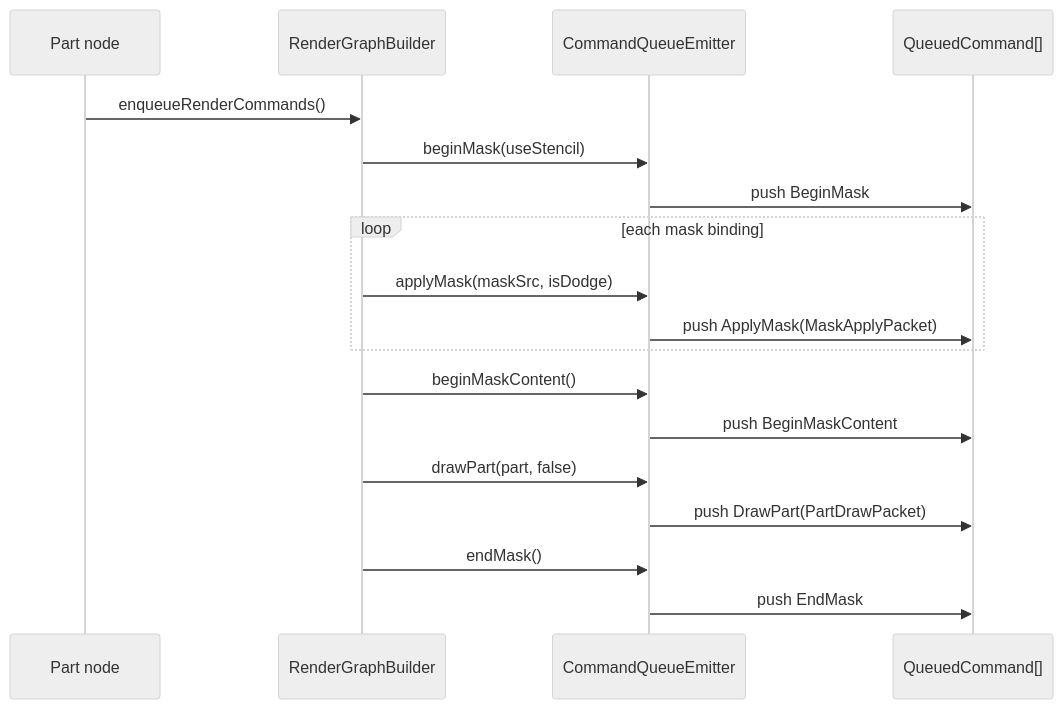
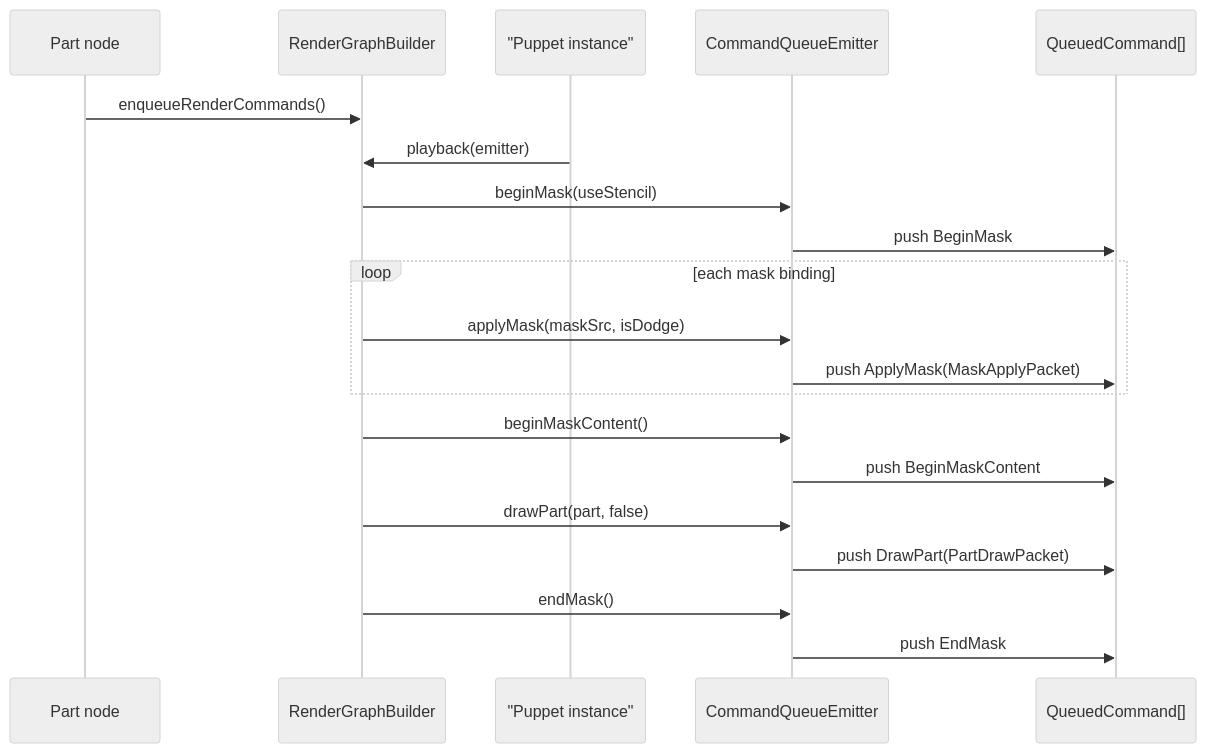
One commit to nijigenerate/nijilive changed the sixth of 20 diagrams in doc/rendering.md. Above: the diagram before and after it, drawn with Mermaid (neutral theme). The commit also changed other lines of this file, not shown here.

````diff
--- a/doc/rendering.md
+++ b/doc/rendering.md
@@ -336,20 +361,22 @@
 ```mermaid
 sequenceDiagram
     participant Node as Part node
     participant Graph as RenderGraphBuilder
+    participant Puppet as "Puppet instance"
     participant Emitter as CommandQueueEmitter
     participant Queue as QueuedCommand[]
     Node->>Graph: enqueueRenderCommands()
+    Puppet->>Graph: playback(emitter)
     Graph->>Emitter: beginMask(useStencil)
     Emitter->>Queue: push BeginMask
     loop each mask binding
         Graph->>Emitter: applyMask(maskSrc, isDodge)
         Emitter->>Queue: push ApplyMask(MaskApplyPacket)
     end
     Graph->>Emitter: beginMaskContent()
     Emitter->>Queue: push BeginMaskContent
     Graph->>Emitter: drawPart(part, false)
     Emitter->>Queue: push DrawPart(PartDrawPacket)
     Graph->>Emitter: endMask()
     Emitter->>Queue: push EndMask
 ```
````
